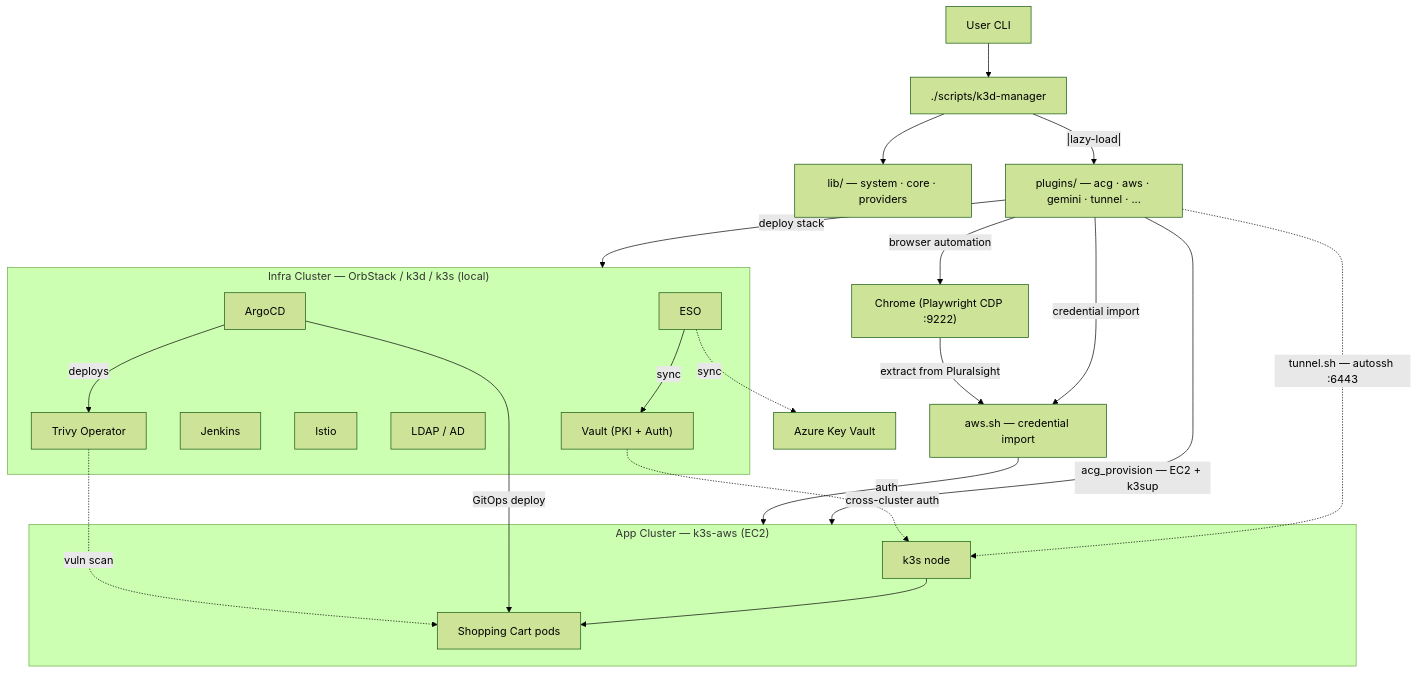
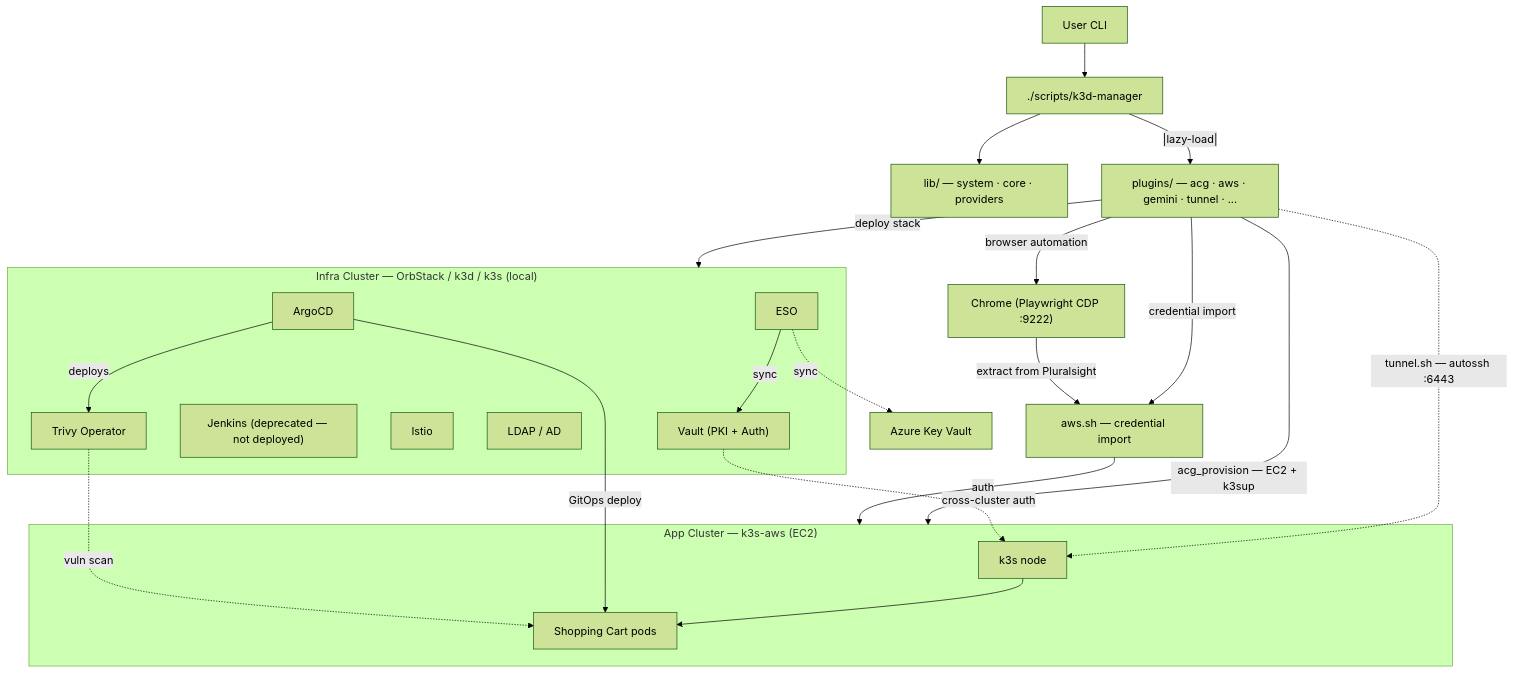
The diagram in README.md (wilddog64/k3d-manager), drawn with Mermaid (forest theme) before and after one commit. The commit also changed other lines of this file and 38 other files, not shown here.

````diff
--- a/README.md
+++ b/README.md
@@ -124,39 +126,39 @@
 ```mermaid
 graph TD
   U[User CLI] --> KM[./scripts/k3d-manager]
   KM --> LIB["lib/ — system · core · providers"]
   KM --|lazy-load|--> PLUG["plugins/ — acg · aws · gemini · tunnel · ..."]
 
   subgraph Infra ["Infra Cluster — OrbStack / k3d / k3s (local)"]
     VAULT["Vault (PKI + Auth)"]
     ESO[ESO]
     ARGOCD[ArgoCD]
-    JENKINS[Jenkins]
+    JENKINS["Jenkins (deprecated — not deployed)"]
     ISTIO[Istio]
     LDAP[LDAP / AD]
     TRIVY[Trivy Operator]
     ESO -->|sync| VAULT
     ARGOCD -->|deploys| TRIVY
   end
 
   subgraph AppCluster ["App Cluster — k3s-aws (EC2)"]
     K3S[k3s node]
     APPS[Shopping Cart pods]
     K3S --> APPS
   end
 
   ANTG["Chrome (Playwright CDP :9222)"]
   AWSC["aws.sh — credential import"]
 
   PLUG -->|deploy stack| Infra
   PLUG -->|acg_provision — EC2 + k3sup| AppCluster
   PLUG -->|browser automation| ANTG
   PLUG -->|credential import| AWSC
   ANTG -->|extract from Pluralsight| AWSC
   AWSC -->|auth| AppCluster
   PLUG -.->|tunnel.sh — autossh :6443| K3S
   ARGOCD -->|GitOps deploy| APPS
   TRIVY -.->|vuln scan| APPS
   VAULT -.->|cross-cluster auth| K3S
   ESO -.->|sync| AKV[Azure Key Vault]
 ```
````
